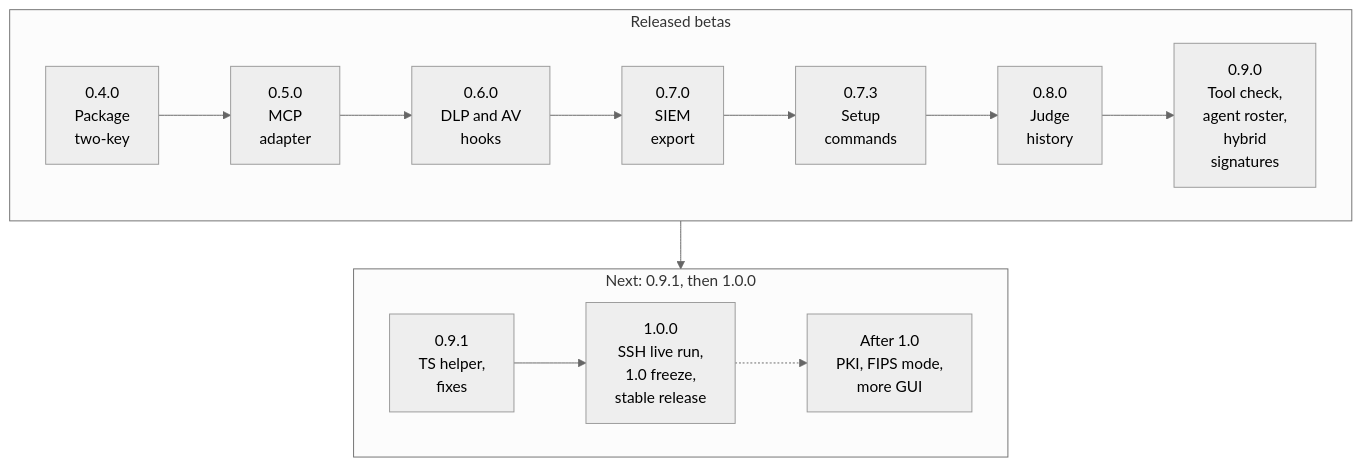
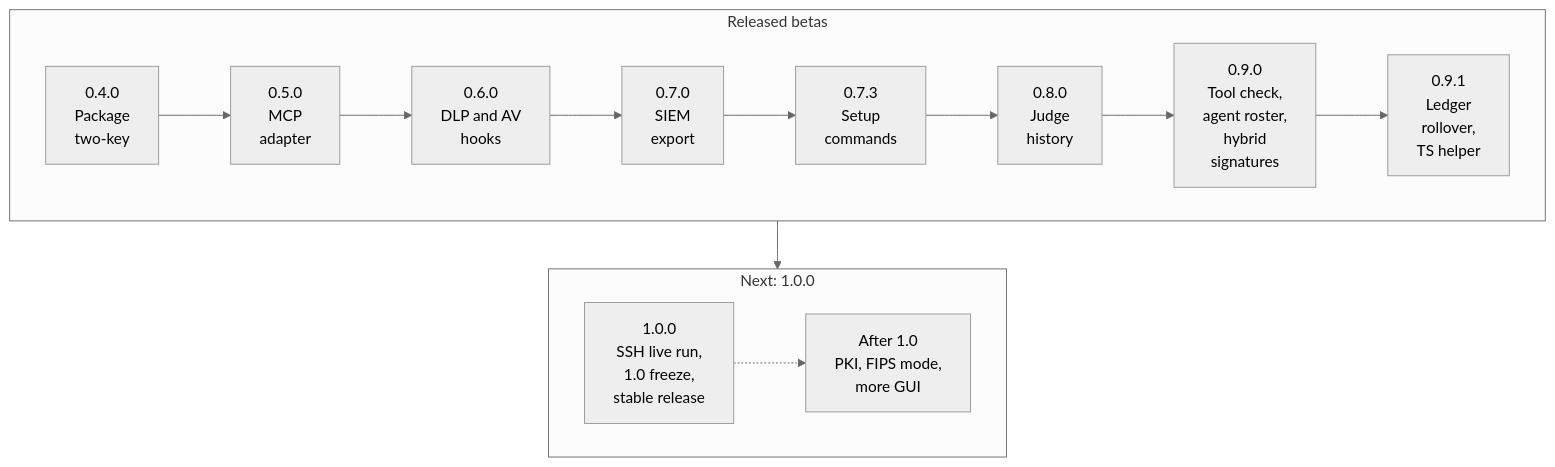
The fourth of 4 diagrams in README.md (Insomniac-VibeLabs/two-key), drawn with Mermaid (neutral theme) before and after one commit. The commit also changed other lines of this file and 7 other files, not shown here.

First line of the commit message:
Release 0.9.1: install pins, README/ROADMAP/PYPI/llms status, CHANGES release summary

````diff
--- a/README.md
+++ b/README.md
@@ -659,12 +661,12 @@
 ```mermaid
 flowchart TD
   subgraph done["Released betas"]
     direction LR
-    r04["0.4.0<br/>Package<br/>two-key"] --> r05["0.5.0<br/>MCP<br/>adapter"] --> r06["0.6.0<br/>DLP and AV<br/>hooks"] --> r07["0.7.0<br/>SIEM<br/>export"] --> r073["0.7.3<br/>Setup<br/>commands"] --> r08["0.8.0<br/>Judge<br/>history"] --> r09["0.9.0<br/>Tool check,<br/>agent roster,<br/>hybrid<br/>signatures"]
+    r04["0.4.0<br/>Package<br/>two-key"] --> r05["0.5.0<br/>MCP<br/>adapter"] --> r06["0.6.0<br/>DLP and AV<br/>hooks"] --> r07["0.7.0<br/>SIEM<br/>export"] --> r073["0.7.3<br/>Setup<br/>commands"] --> r08["0.8.0<br/>Judge<br/>history"] --> r09["0.9.0<br/>Tool check,<br/>agent roster,<br/>hybrid<br/>signatures"] --> r091["0.9.1<br/>Ledger<br/>rollover,<br/>TS helper"]
   end
-  subgraph next["Next: 0.9.1, then 1.0.0"]
+  subgraph next["Next: 1.0.0"]
     direction LR
-    r091["0.9.1<br/>TS helper,<br/>fixes"] --> r10["1.0.0<br/>SSH live run,<br/>1.0 freeze,<br/>stable release"] -.-> after["After 1.0<br/>PKI, FIPS mode,<br/>more GUI"]
+    r10["1.0.0<br/>SSH live run,<br/>1.0 freeze,<br/>stable release"] -.-> after["After 1.0<br/>PKI, FIPS mode,<br/>more GUI"]
   end
   done --> next
 ```
````
